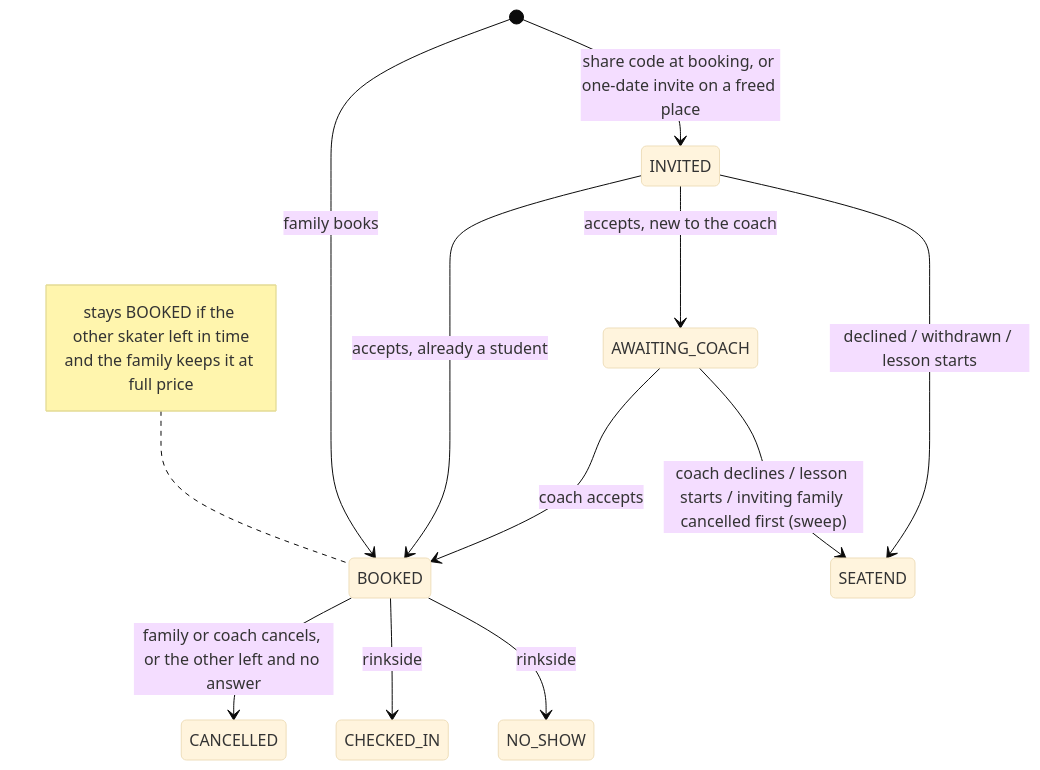
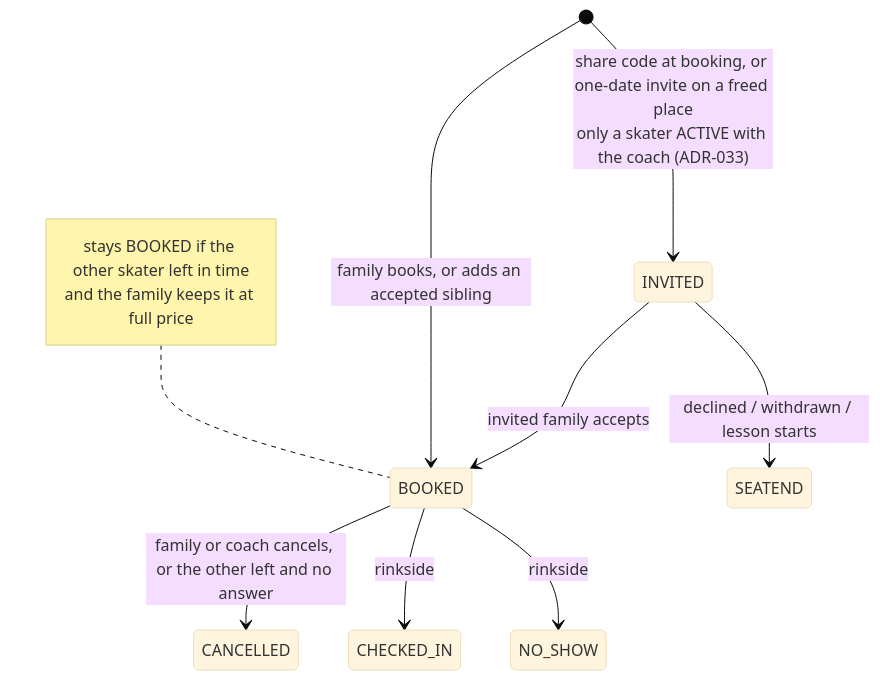
The second of 2 diagrams in docs/adr/ADR-031-lessons-and-seats.md (jessicamvega6/bladebook), drawn with Mermaid (base theme) before and after one commit. The commit also changed other lines of this file and 32 other files, not shown here.

First line of the commit message:
Bring docs and diagrams in line with ADR-033 and today's decisions

````diff
--- a/docs/adr/ADR-031-lessons-and-seats.md
+++ b/docs/adr/ADR-031-lessons-and-seats.md
@@ -513,16 +518,13 @@
 ```mermaid
 stateDiagram-v2
-  [*] --> BOOKED: family books
-  [*] --> INVITED: share code at booking, or one-date invite on a freed place
-  INVITED --> BOOKED: accepts, already a student
-  INVITED --> AWAITING_COACH: accepts, new to the coach
-  AWAITING_COACH --> BOOKED: coach accepts
+  [*] --> BOOKED: family books, or adds an accepted sibling
+  [*] --> INVITED: share code at booking, or one-date invite on a freed place<br/>only a skater ACTIVE with the coach (ADR-033)
+  INVITED --> BOOKED: invited family accepts
   INVITED --> SEATEND: declined / withdrawn / lesson starts
-  AWAITING_COACH --> SEATEND: coach declines / lesson starts / inviting family cancelled first (sweep)
   BOOKED --> CANCELLED: family or coach cancels, or the other left and no answer
   BOOKED --> CHECKED_IN: rinkside
   BOOKED --> NO_SHOW: rinkside
   note left of BOOKED
     stays BOOKED if the other skater left in time<br/>and the family keeps it at full price
   end note
 ```
````
